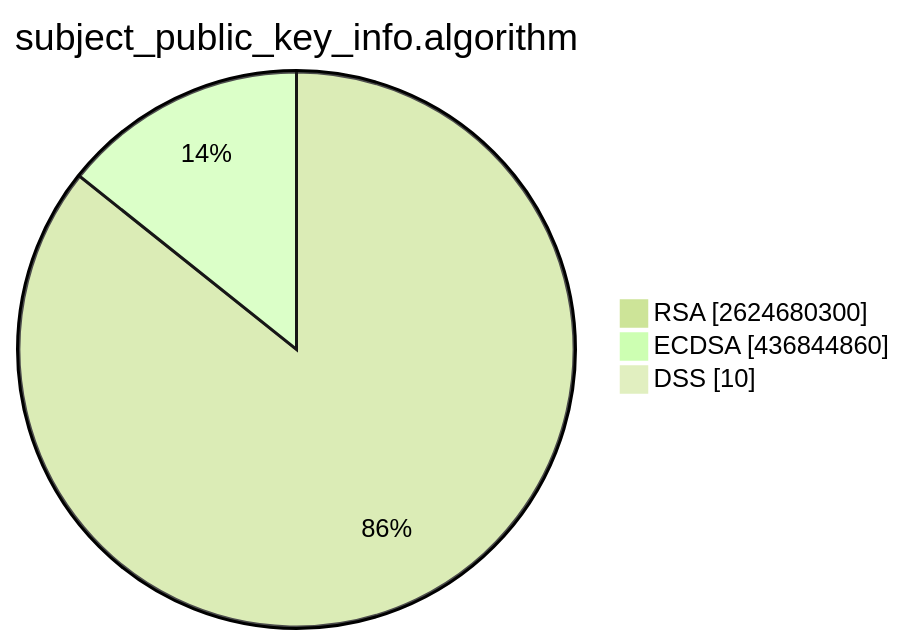
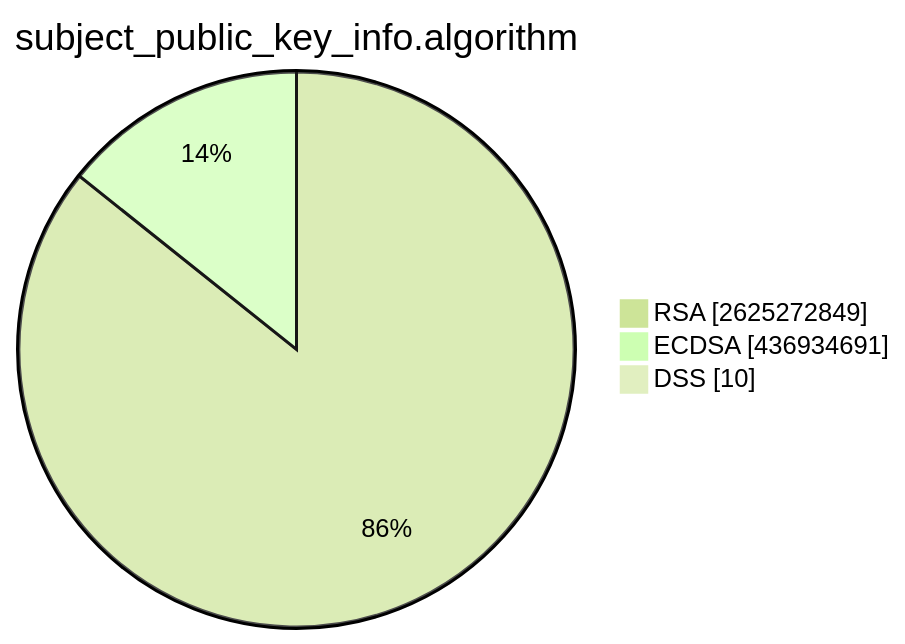
One commit to christiankrug/ctmonitor_visualization changed the second of 15 diagrams in TOTAL/README.md. Above: the diagram before and after it, drawn with Mermaid (forest theme). The commit also changed other lines of this file, not shown here.

````diff
--- a/TOTAL/README.md
+++ b/TOTAL/README.md
@@ -6,7 +6,7 @@
 ```mermaid
 pie showData
 title subject_public_key_info.algorithm
-"RSA" :2624680300
-"ECDSA" :436844860
+"RSA" :2625272849
+"ECDSA" :436934691
 "DSS" :10
 ```
````
